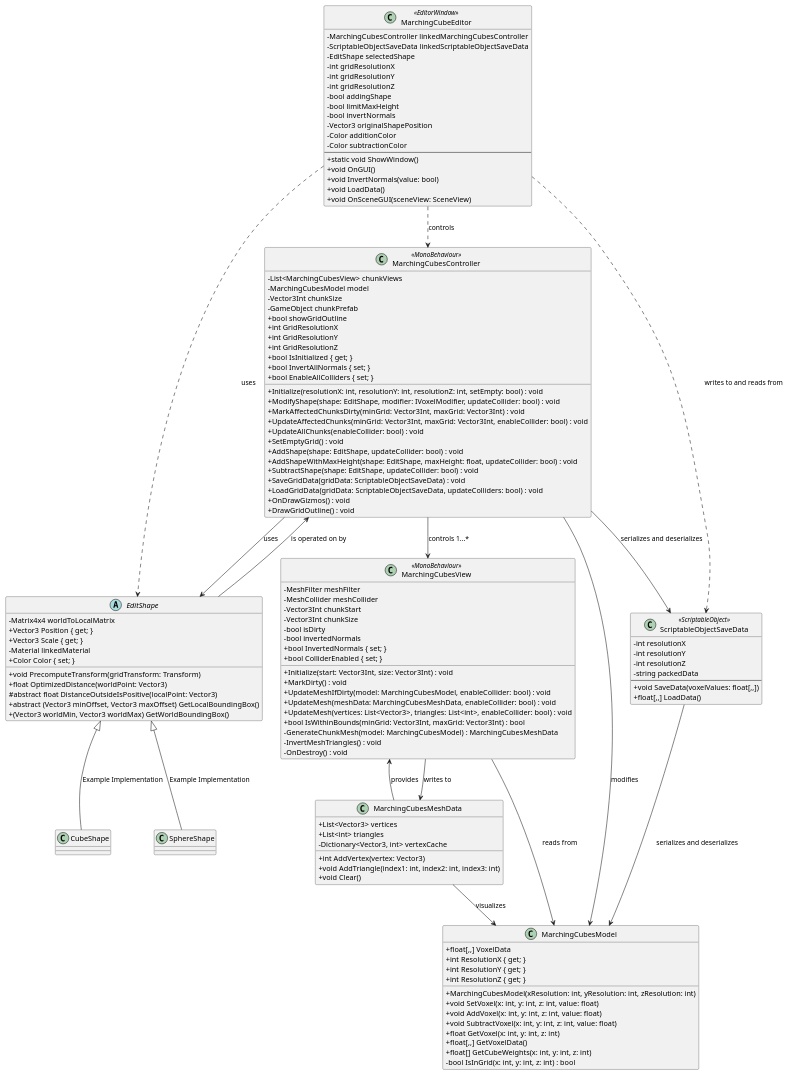
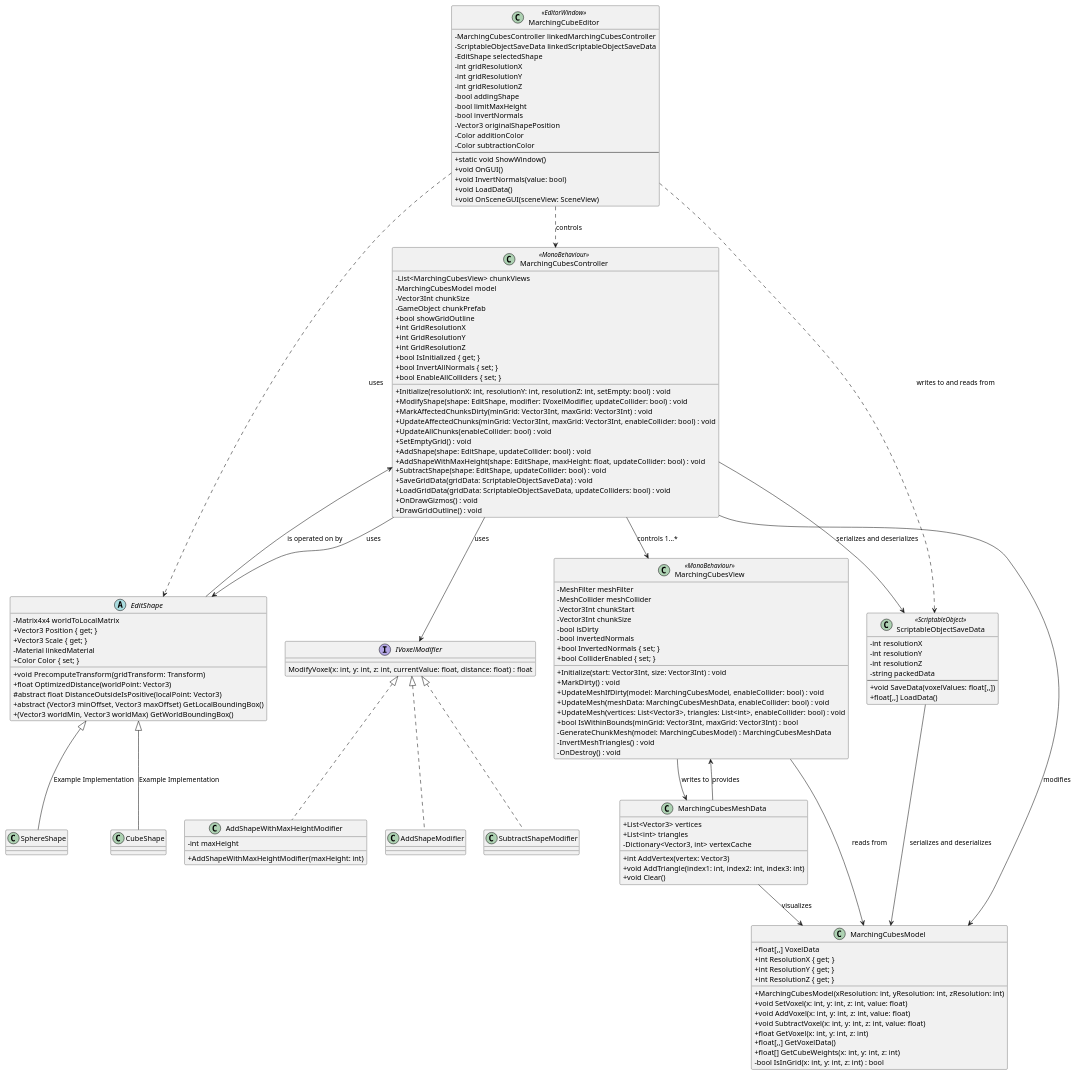
The diagram in Documentation/UML/ClassDiagram.plantuml (iffn/MarchingCubeEditorForUnity), drawn with PlantUML before and after one commit.

Commit message:
Added voxel modification to class diagram

```diff
--- a/Documentation/UML/ClassDiagram.plantuml
+++ b/Documentation/UML/ClassDiagram.plantuml
@@ -1,136 +1,158 @@
 @startuml
 skinparam classAttributeIconSize 0
 
 class MarchingCubesController <<MonoBehaviour>> {
     - List<MarchingCubesView> chunkViews
     - MarchingCubesModel model
     - Vector3Int chunkSize
     - GameObject chunkPrefab
     + bool showGridOutline
     + int GridResolutionX
     + int GridResolutionY
     + int GridResolutionZ
     + Initialize(resolutionX: int, resolutionY: int, resolutionZ: int, setEmpty: bool) : void
     + bool IsInitialized { get; }
     + ModifyShape(shape: EditShape, modifier: IVoxelModifier, updateCollider: bool) : void
     + MarkAffectedChunksDirty(minGrid: Vector3Int, maxGrid: Vector3Int) : void
     + UpdateAffectedChunks(minGrid: Vector3Int, maxGrid: Vector3Int, enableCollider: bool) : void
     + UpdateAllChunks(enableCollider: bool) : void
     + bool InvertAllNormals { set; }
     + bool EnableAllColliders { set; }
     + SetEmptyGrid() : void
     + AddShape(shape: EditShape, updateCollider: bool) : void
     + AddShapeWithMaxHeight(shape: EditShape, maxHeight: float, updateCollider: bool) : void
     + SubtractShape(shape: EditShape, updateCollider: bool) : void
     + SaveGridData(gridData: ScriptableObjectSaveData) : void
     + LoadGridData(gridData: ScriptableObjectSaveData, updateColliders: bool) : void
     + OnDrawGizmos() : void
     + DrawGridOutline() : void
 }
 
 class MarchingCubesView <<MonoBehaviour>>{
     - MeshFilter meshFilter
     - MeshCollider meshCollider
     - Vector3Int chunkStart
     - Vector3Int chunkSize
     - bool isDirty
     - bool invertedNormals
     + Initialize(start: Vector3Int, size: Vector3Int) : void
     + MarkDirty() : void
     + UpdateMeshIfDirty(model: MarchingCubesModel, enableCollider: bool) : void
     + UpdateMesh(meshData: MarchingCubesMeshData, enableCollider: bool) : void
     + UpdateMesh(vertices: List<Vector3>, triangles: List<int>, enableCollider: bool) : void
     + bool InvertedNormals { set; }
     + bool ColliderEnabled { set; }
     + bool IsWithinBounds(minGrid: Vector3Int, maxGrid: Vector3Int) : bool
     - GenerateChunkMesh(model: MarchingCubesModel) : MarchingCubesMeshData
     - InvertMeshTriangles() : void
     - OnDestroy() : void
 }
 
 class MarchingCubesModel {
     + float[,,] VoxelData
     + MarchingCubesModel(xResolution: int, yResolution: int, zResolution: int)
     + int ResolutionX { get; }
     + int ResolutionY { get; }
     + int ResolutionZ { get; }
     + void SetVoxel(x: int, y: int, z: int, value: float)
     + void AddVoxel(x: int, y: int, z: int, value: float)
     + void SubtractVoxel(x: int, y: int, z: int, value: float)
     + float GetVoxel(x: int, y: int, z: int)
     + float[,,] GetVoxelData()
     + float[] GetCubeWeights(x: int, y: int, z: int)
     - bool IsInGrid(x: int, y: int, z: int) : bool
 }
 
 class MarchingCubesMeshData {
     + List<Vector3> vertices
     + List<int> triangles
     - Dictionary<Vector3, int> vertexCache
 
     + int AddVertex(vertex: Vector3)
     + void AddTriangle(index1: int, index2: int, index3: int)
     + void Clear()
 }
 
 abstract class EditShape {
     - Matrix4x4 worldToLocalMatrix
     + void PrecomputeTransform(gridTransform: Transform)
     + float OptimizedDistance(worldPoint: Vector3)
     # abstract float DistanceOutsideIsPositive(localPoint: Vector3)
     + Vector3 Position { get; }
     + Vector3 Scale { get; }
     - Material linkedMaterial
     + Color Color { set; }
     + abstract (Vector3 minOffset, Vector3 maxOffset) GetLocalBoundingBox()
     + (Vector3 worldMin, Vector3 worldMax) GetWorldBoundingBox()
 }
 EditShape <|-- SphereShape : Example Implementation
 EditShape <|-- CubeShape : Example Implementation
 
 class MarchingCubeEditor <<EditorWindow>>{
     - MarchingCubesController linkedMarchingCubesController
     - ScriptableObjectSaveData linkedScriptableObjectSaveData
     - EditShape selectedShape
     - int gridResolutionX
     - int gridResolutionY
     - int gridResolutionZ
     - bool addingShape
     - bool limitMaxHeight
     - bool invertNormals
     - Vector3 originalShapePosition
     - Color additionColor
     - Color subtractionColor
     --
     + static void ShowWindow()
     + void OnGUI()
     + void InvertNormals(value: bool)
     + void LoadData()
     + void OnSceneGUI(sceneView: SceneView)
 }
 
 class ScriptableObjectSaveData <<ScriptableObject>>{
     - int resolutionX
     - int resolutionY
     - int resolutionZ
     - string packedData
     --
     + void SaveData(voxelValues: float[,,])
     + float[,,] LoadData()
 }
 
+interface IVoxelModifier {
+    ModifyVoxel(x: int, y: int, z: int, currentValue: float, distance: float) : float
+}
+
+class AddShapeModifier {
+}
+
+class SubtractShapeModifier {
+}
+
+class AddShapeWithMaxHeightModifier {
+    - int maxHeight
+    + AddShapeWithMaxHeightModifier(maxHeight: int)
+}
+
+IVoxelModifier <|.. AddShapeModifier
+IVoxelModifier <|.. SubtractShapeModifier
+IVoxelModifier <|.. AddShapeWithMaxHeightModifier
+
+MarchingCubesController --> IVoxelModifier : "uses"
+
+
 MarchingCubeEditor ..> MarchingCubesController : "controls"
 MarchingCubeEditor ..> EditShape : "uses"
 MarchingCubeEditor ..> ScriptableObjectSaveData : "writes to and reads from"
 MarchingCubesController --> MarchingCubesModel : "modifies"
 MarchingCubesController --> MarchingCubesView : "controls 1...*"
 MarchingCubesController --> EditShape : "uses"
 MarchingCubesController --> ScriptableObjectSaveData : "serializes and deserializes"
 MarchingCubesView --> MarchingCubesModel : "reads from"
 MarchingCubesView --> MarchingCubesMeshData : "writes to"
 MarchingCubesMeshData --> MarchingCubesView : "provides"
 EditShape --> MarchingCubesController : "is operated on by"
 MarchingCubesMeshData --> MarchingCubesModel : "visualizes"
 ScriptableObjectSaveData --> MarchingCubesModel : "serializes and deserializes"
 
 @enduml
```
